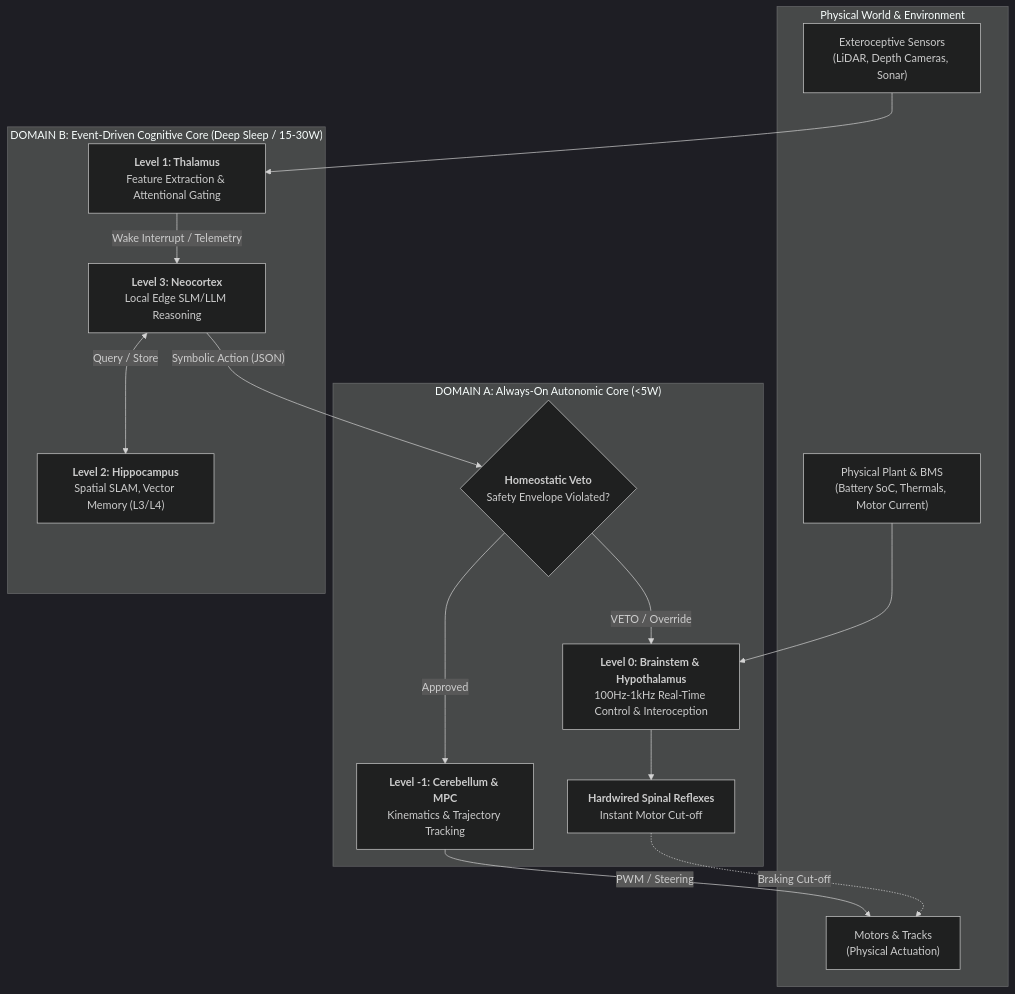
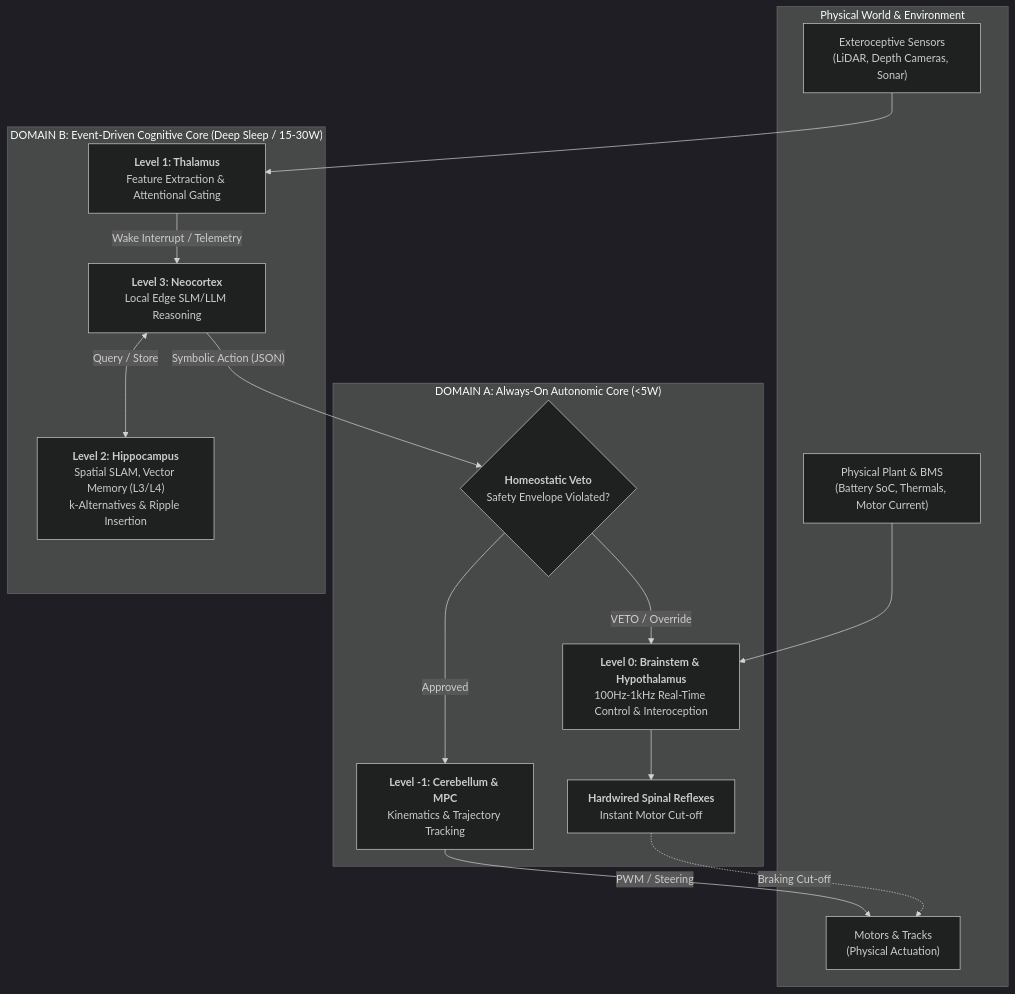
The diagram in README.md (mcarbonell/soma-robot), drawn with Mermaid (dark theme) before and after one commit. The commit also changed other lines of this file and 2 other files, not shown here.

Commit message:
docs: add system architecture and solar consolidation cycle documentation and update README

````diff
--- a/README.md
+++ b/README.md
@@ -63,33 +64,33 @@
 ```mermaid
 flowchart TD
     subgraph Environment ["Physical World & Environment"]
         Sensors["Exteroceptive Sensors<br/>(LiDAR, Depth Cameras, Sonar)"]
         Plant["Physical Plant & BMS<br/>(Battery SoC, Thermals, Motor Current)"]
         Actuators["Motors & Tracks<br/>(Physical Actuation)"]
     end
 
     subgraph LowPower ["DOMAIN A: Always-On Autonomic Core (&lt;5W)"]
         L0["<b>Level 0: Brainstem & Hypothalamus</b><br/>100Hz-1kHz Real-Time Control & Interoception"]
         Reflex["<b>Hardwired Spinal Reflexes</b><br/>Instant Motor Cut-off"]
         Veto{"<b>Homeostatic Veto</b><br/>Safety Envelope Violated?"}
         Lm1["<b>Level -1: Cerebellum & MPC</b><br/>Kinematics & Trajectory Tracking"]
     end
 
     subgraph HighCompute ["DOMAIN B: Event-Driven Cognitive Core (Deep Sleep / 15-30W)"]
         L1["<b>Level 1: Thalamus</b><br/>Feature Extraction & Attentional Gating"]
-        L2["<b>Level 2: Hippocampus</b><br/>Spatial SLAM, Vector Memory (L3/L4)"]
+        L2["<b>Level 2: Hippocampus</b><br/>Spatial SLAM, Vector Memory (L3/L4)<br/>k-Alternatives &amp; Ripple Insertion"]
         L3["<b>Level 3: Neocortex</b><br/>Local Edge SLM/LLM Reasoning"]
     end
 
     Sensors --> L1
     Plant --> L0
     L0 --> Reflex
     Reflex -.->|Braking Cut-off| Actuators
 
     L1 -- "Wake Interrupt / Telemetry" --> L3
     L3 <-->|Query / Store| L2
     L3 -- "Symbolic Action (JSON)" --> Veto
     Veto -- "Approved" --> Lm1
     Veto -- "VETO / Override" --> L0
     Lm1 -->|PWM / Steering| Actuators
 ```
````
